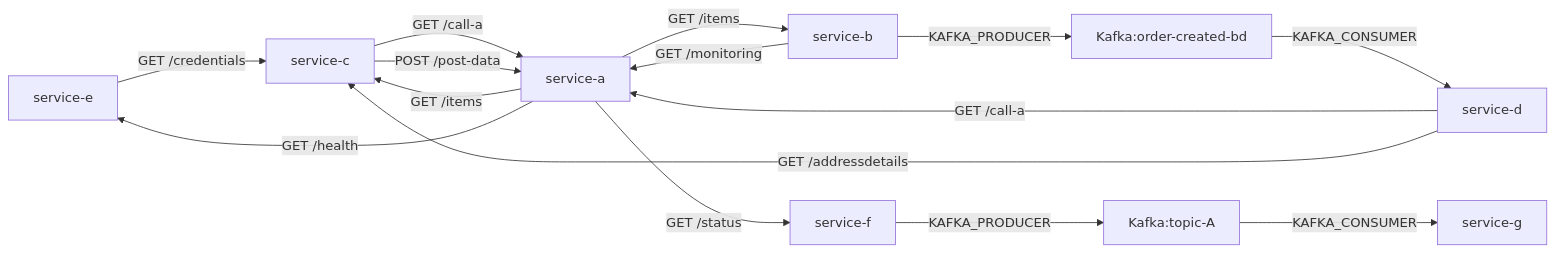
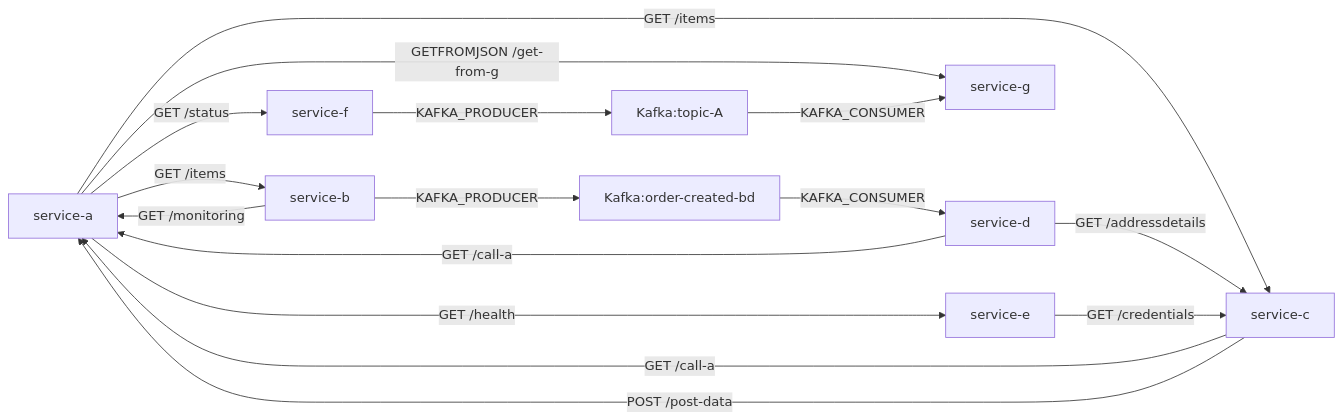
One commit to lokesh0507/First_project changed the diagram in output/deps.md. Above: the diagram before and after it, drawn with Mermaid. The commit also changed 4 other files, not shown here.

````diff
--- a/output/deps.md
+++ b/output/deps.md
@@ -1,17 +1,18 @@
 ```mermaid
 graph LR
-  service-e -->|GET /credentials| service-c
+  service-a -->|GET /items| service-b
+  service-a -->|GET /items| service-c
+  service-a -->|GET /health| service-e
+  service-a -->|GETFROMJSON /get-from-g| service-g
+  service-a -->|GET /status| service-f
+  service-b -->|GET /monitoring| service-a
+  service-b -->|KAFKA_PRODUCER| Kafka:order-created-bd
+  service-c -->|GET /call-a| service-a
+  service-c -->|POST /post-data| service-a
   service-d -->|GET /call-a| service-a
   service-d -->|GET /addressdetails| service-c
   Kafka:order-created-bd -->|KAFKA_CONSUMER| service-d
-  service-a -->|GET /items| service-b
-  service-a -->|GET /items| service-c
-  service-a -->|GET /health| service-e
-  service-a -->|GET /status| service-f
-  service-c -->|GET /call-a| service-a
-  service-c -->|POST /post-data| service-a
-  service-b -->|GET /monitoring| service-a
-  service-b -->|KAFKA_PRODUCER| Kafka:order-created-bd
+  service-e -->|GET /credentials| service-c
+  service-f -->|KAFKA_PRODUCER| Kafka:topic-A
   Kafka:topic-A -->|KAFKA_CONSUMER| service-g
-  service-f -->|KAFKA_PRODUCER| Kafka:topic-A
 ```
````
